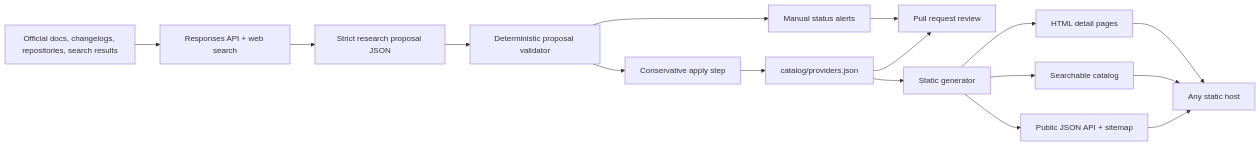
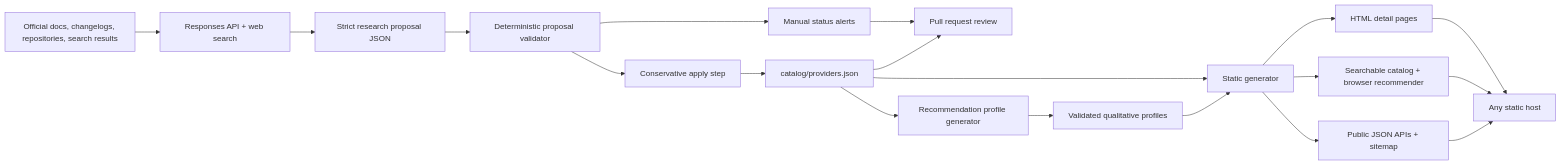
One commit to katagun/deploy-index changed the diagram in docs/ARCHITECTURE.md. Above: the diagram before and after it, drawn with Mermaid. The commit also changed other lines of this file and 23 other files, not shown here.

````diff
--- a/docs/ARCHITECTURE.md
+++ b/docs/ARCHITECTURE.md
@@ -16,18 +17,21 @@
 ```mermaid
 flowchart LR
     A[Official docs, changelogs, repositories, search results] --> B[Responses API + web search]
     B --> C[Strict research proposal JSON]
     C --> D[Deterministic proposal validator]
     D --> E[Conservative apply step]
     D --> F[Manual status alerts]
     E --> G[catalog/providers.json]
     F --> H[Pull request review]
-    G --> I[Static generator]
-    I --> J[HTML detail pages]
-    I --> K[Searchable catalog]
-    I --> L[Public JSON API + sitemap]
+    G --> I[Recommendation profile generator]
+    I --> J[Validated qualitative profiles]
+    G --> K[Static generator]
+    J --> K
+    K --> L[HTML detail pages]
+    K --> M[Searchable catalog + browser recommender]
+    K --> N[Public JSON APIs + sitemap]
     G --> H
-    J --> M[Any static host]
-    K --> M
-    L --> M
+    L --> O[Any static host]
+    M --> O
+    N --> O
 ```
````
